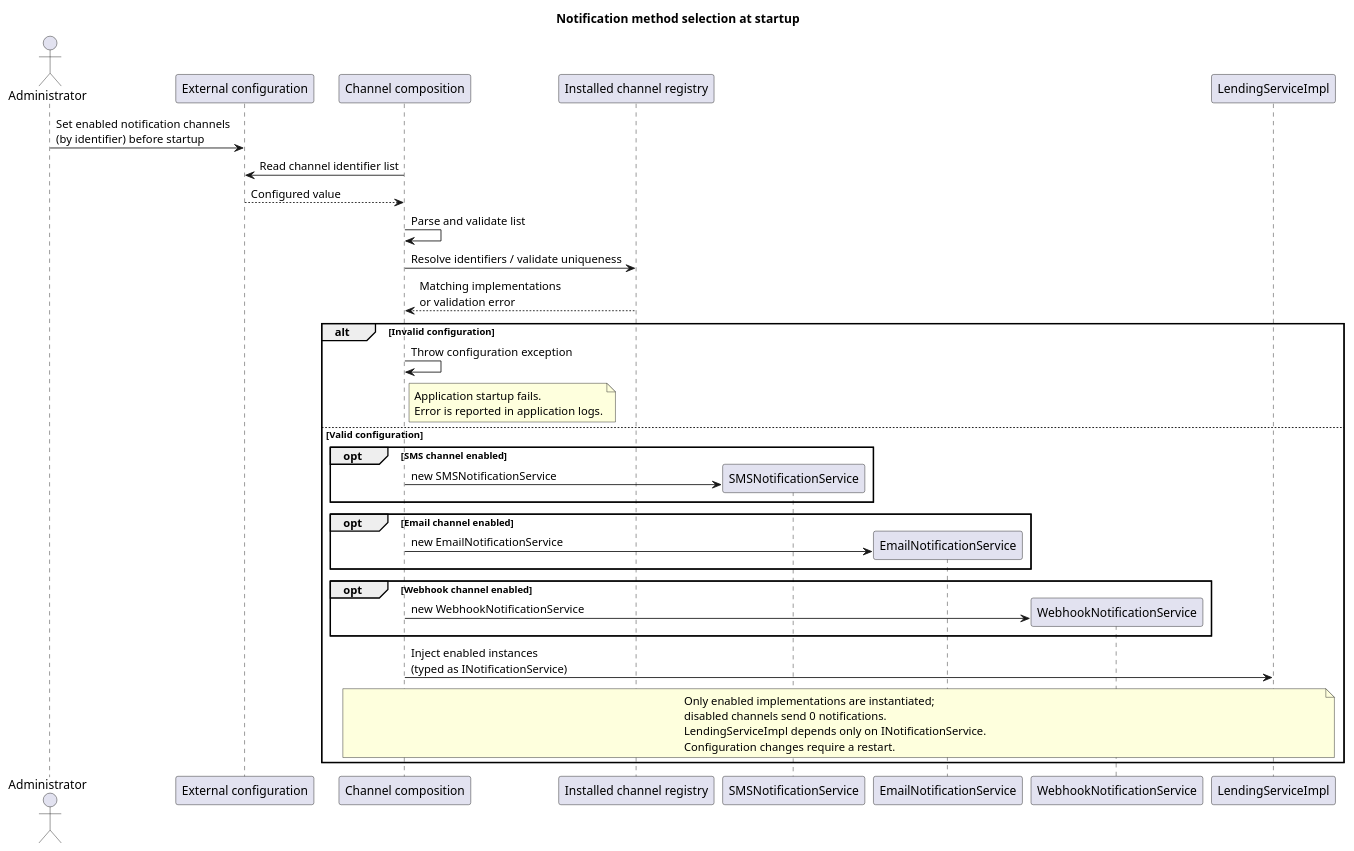
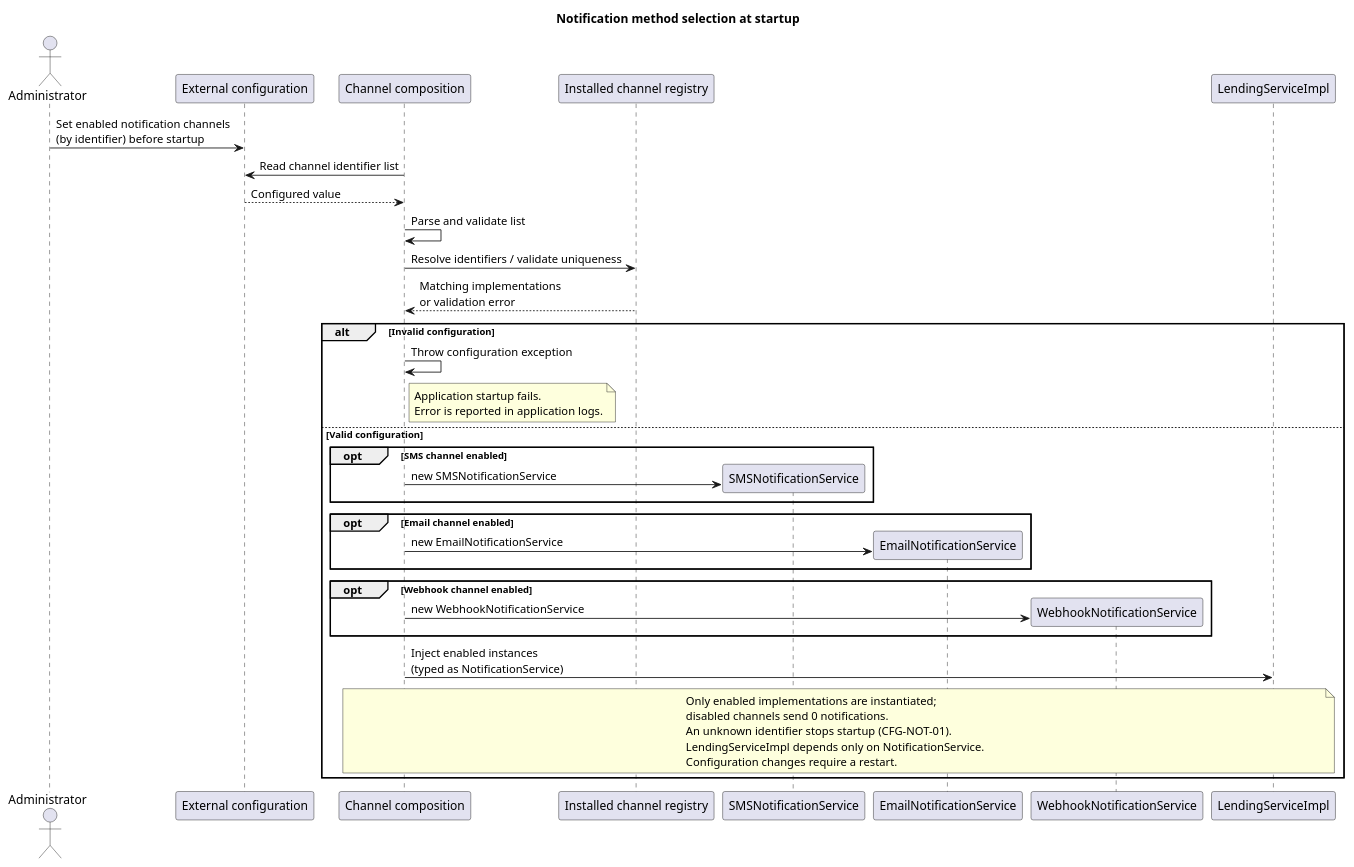
The diagram in Docs/DocsMasterDegree/system-to-be/Images/NotificationMethodsConfigurationSequence.puml (Max1124/ARQSOFT_ODSOFT_G6), drawn with PlantUML before and after one commit. The commit also changed 20 other files, not shown here.

```diff
--- a/Docs/DocsMasterDegree/system-to-be/Images/NotificationMethodsConfigurationSequence.puml
+++ b/Docs/DocsMasterDegree/system-to-be/Images/NotificationMethodsConfigurationSequence.puml
@@ -1,50 +1,51 @@
 @startuml
 skinparam shadowing false
 skinparam backgroundColor white
 
 title Notification method selection at startup
 
 actor Administrator
 participant "External configuration" as Config
 participant "Channel composition" as Composition
 participant "Installed channel registry" as Registry
 participant SMSNotificationService as SMS
 participant EmailNotificationService as Email
 participant WebhookNotificationService as Webhook
 participant LendingServiceImpl as Lending
 
 Administrator -> Config : Set enabled notification channels\n(by identifier) before startup
 
 Composition -> Config : Read channel identifier list
 Config --> Composition : Configured value
 
 Composition -> Composition : Parse and validate list
 Composition -> Registry : Resolve identifiers / validate uniqueness
 Registry --> Composition : Matching implementations\nor validation error
 
 alt Invalid configuration
   Composition -> Composition : Throw configuration exception
   note right of Composition
     Application startup fails.
     Error is reported in application logs.
   end note
 else Valid configuration
   opt SMS channel enabled
     Composition -> SMS ** : new SMSNotificationService
   end
   opt Email channel enabled
     Composition -> Email ** : new EmailNotificationService
   end
   opt Webhook channel enabled
     Composition -> Webhook ** : new WebhookNotificationService
   end
-  Composition -> Lending : Inject enabled instances\n(typed as INotificationService)
+  Composition -> Lending : Inject enabled instances\n(typed as NotificationService)
   note over Composition,Lending
     Only enabled implementations are instantiated;
     disabled channels send 0 notifications.
-    LendingServiceImpl depends only on INotificationService.
+    An unknown identifier stops startup (CFG-NOT-01).
+    LendingServiceImpl depends only on NotificationService.
     Configuration changes require a restart.
   end note
 end
 
 @enduml
```
